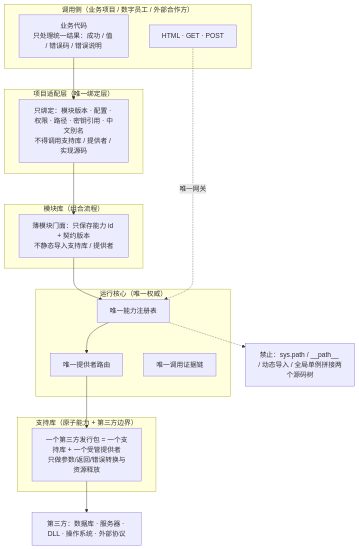
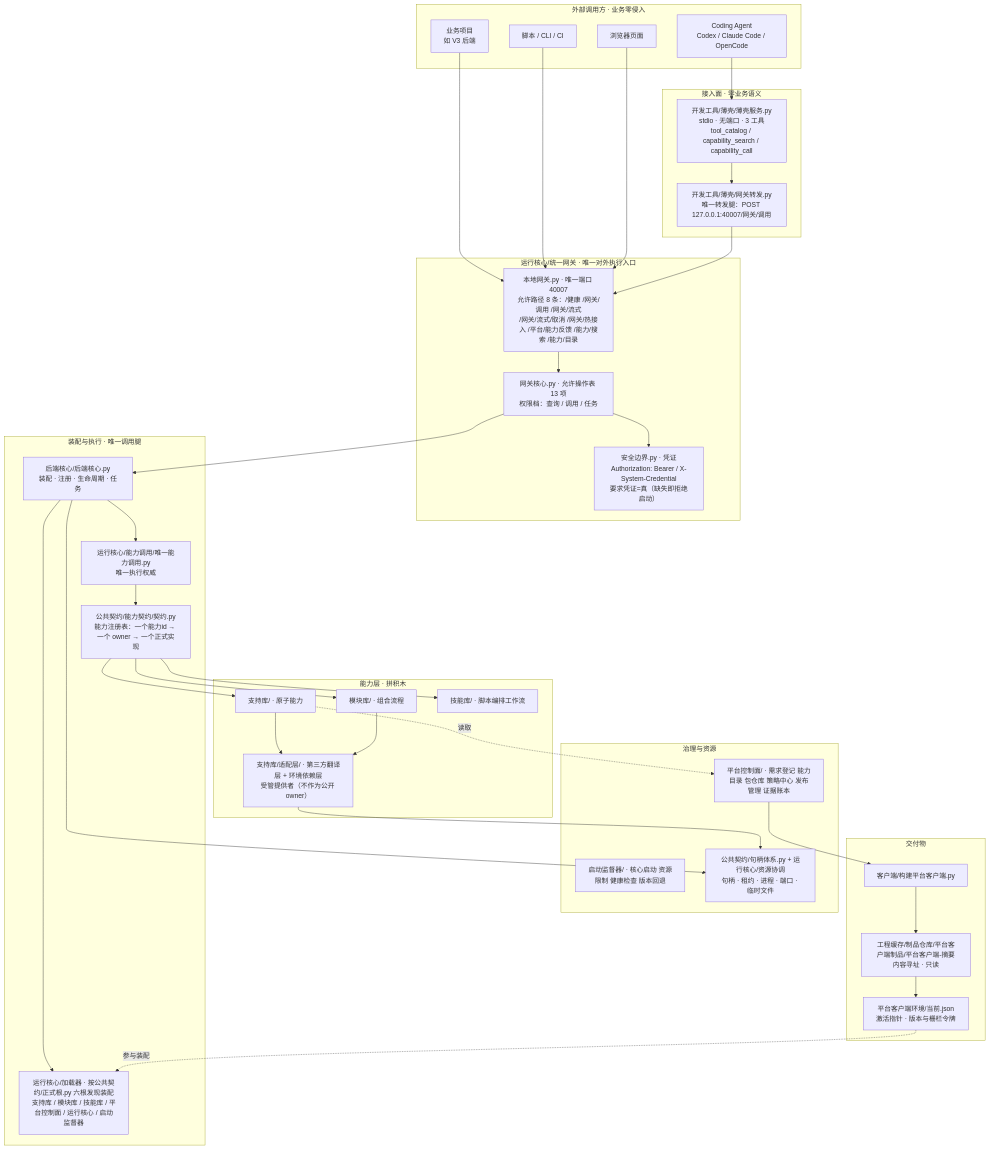
The first of 5 diagrams in 开发文档/架构总览.md (kunhua-he/system-engineering-platform), drawn with Mermaid before and after one commit. The commit also changed other lines of this file and 3 other files, not shown here.

````diff
--- a/开发文档/架构总览.md
+++ b/开发文档/架构总览.md
@@ -20,33 +15,71 @@
 ```mermaid
 flowchart TB
-    subgraph 调用侧["调用侧（业务项目 / 数字员工 / 外部合作方）"]
-        A1["业务代码<br/>只处理统一结果：成功 / 值 / 错误码 / 错误说明"]
-        A2["HTML · GET · POST"]
+    subgraph 外部["外部调用方 · 业务零侵入"]
+        A1["Coding Agent<br/>Codex / Claude Code / OpenCode"]
+        A2["业务项目<br/>如 V3 后端"]
+        A3["脚本 / CLI / CI"]
+        A4["浏览器页面"]
     end
 
-    subgraph 绑定["项目适配层（唯一绑定层）"]
-        B1["只绑定：模块版本 · 配置 · 权限 · 路径 · 密钥引用 · 中文别名<br/>不得调用支持库 / 提供者 / 实现源码"]
+    subgraph 接入["接入面 · 零业务语义"]
+        B1["开发工具/薄壳/薄壳服务.py<br/>stdio · 无端口 · 3 工具<br/>tool_catalog / capability_search / capability_call"]
+        B2["开发工具/薄壳/网关转发.py<br/>唯一转发腿：POST 127.0.0.1:40007/网关/调用"]
     end
 
-    subgraph 组合["模块库（组合流程）"]
-        C1["薄模块门面：只保存能力 id + 契约版本<br/>不静态导入支持库 / 提供者"]
+    subgraph 网关["运行核心/统一网关 · 唯一对外执行入口"]
+        C1["本地网关.py · 唯一端口 40007<br/>允许路径 8 条：/健康 /网关/调用 /网关/流式<br/>/网关/流式/取消 /网关/热接入 /平台/能力反馈 /能力/搜索 /能力/目录"]
+        C2["网关核心.py · 允许操作表 13 项<br/>权限档：查询 / 调用 / 任务"]
+        C3["安全边界.py · 凭证<br/>Authorization: Bearer / X-System-Credential<br/>要求凭证=真（缺失即拒绝启动）"]
     end
 
-    subgraph 受理["运行核心（唯一权威）"]
-        D1["唯一能力注册表"]
-        D2["唯一提供者路由"]
-        D3["唯一调用证据链"]
+    subgraph 执行["装配与执行 · 唯一调用腿"]
+        D1["后端核心/后端核心.py<br/>装配 · 注册 · 生命周期 · 任务"]
+        D2["运行核心/加载器 · 按公共契约/正式根.py 六根发现装配<br/>支持库 / 模块库 / 技能库 / 平台控制面 / 运行核心 / 启动监督器"]
+        D3["运行核心/能力调用/唯一能力调用.py<br/>唯一执行权威"]
+        D4["公共契约/能力契约/契约.py<br/>能力注册表：一个能力id → 一个 owner → 一个正式实现"]
     end
 
-    subgraph 原子["支持库（原子能力 + 第三方边界）"]
-        E1["一个第三方发行包 = 一个支持库 + 一个受管提供者<br/>只做参数/返回/错误转换与资源释放"]
+    subgraph 能力["能力层 · 拼积木"]
+        E1["支持库/ · 原子能力"]
+        E2["模块库/ · 组合流程"]
+        E3["技能库/ · 脚本编排工作流"]
+        E4["支持库/适配层/ · 第三方翻译层 + 环境依赖层<br/>受管提供者（不作为公开 owner）"]
     end
 
-    F["第三方：数据库 · 服务器 · DLL · 操作系统 · 外部协议"]
+    subgraph 治理["治理与资源"]
+        F1["平台控制面/ · 需求登记 能力目录 包仓库 策略中心 发布管理 证据账本"]
+        F2["启动监督器/ · 核心启动 资源限制 健康检查 版本回退"]
+        F3["公共契约/句柄体系.py + 运行核心/资源协调<br/>句柄 · 租约 · 进程 · 端口 · 临时文件"]
+    end
 
-    A1 --> B1 --> C1 --> D1 --> D2 --> E1 --> F
-    A2 -.->|唯一网关| D1
+    subgraph 交付["交付物"]
+        G1["客户端/构建平台客户端.py"]
+        G2["工程缓存/制品仓库/平台客户端制品/平台客户端-摘要<br/>内容寻址 · 只读"]
+        G3["平台客户端环境/当前.json<br/>激活指针 · 版本与栅栏令牌"]
+    end
 
-    禁1["禁止：sys.path / __path__ / 动态导入 / 全局单例拼接两个源码树"]
-    D1 -.-> 禁1
+    A1 --> B1
+    A2 --> C1
+    A3 --> C1
+    A4 --> C1
+    B1 --> B2
+    B2 --> C1
+    C1 --> C2
+    C2 --> C3
+    C2 --> D1
+    D1 --> D2
+    D1 --> D3
+    D3 --> D4
+    D4 --> E1
+    D4 --> E2
+    D4 --> E3
+    E1 --> E4
+    E2 --> E4
+    E1 -.读取.-> F1
+    D1 --> F3
+    E4 --> F3
+    F1 --> G1
+    G1 --> G2
+    G2 --> G3
+    G3 -.参与装配.-> D2
 ```
````
